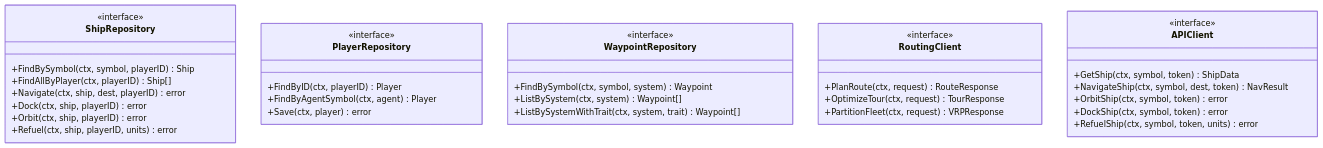
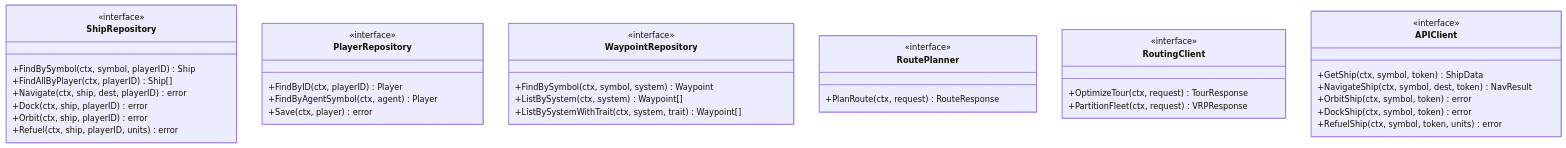
The ninth of 23 diagrams in gobot/docs/ARCHITECTURE.md (acdtunes/spacetraders), drawn with Mermaid before and after one commit. The commit also changed other lines of this file and 20 other files, not shown here.

Commit message:
feat(routing): plan routes in-process and retire the PlanRoute RPC (sp-wwlhb)

````diff
--- a/gobot/docs/ARCHITECTURE.md
+++ b/gobot/docs/ARCHITECTURE.md
@@ -435,42 +439,46 @@
 ```mermaid
 classDiagram
     class ShipRepository {
         <<interface>>
         +FindBySymbol(ctx, symbol, playerID) Ship
         +FindAllByPlayer(ctx, playerID) Ship[]
         +Navigate(ctx, ship, dest, playerID) error
         +Dock(ctx, ship, playerID) error
         +Orbit(ctx, ship, playerID) error
         +Refuel(ctx, ship, playerID, units) error
     }
 
     class PlayerRepository {
         <<interface>>
         +FindByID(ctx, playerID) Player
         +FindByAgentSymbol(ctx, agent) Player
         +Save(ctx, player) error
     }
 
     class WaypointRepository {
         <<interface>>
         +FindBySymbol(ctx, symbol, system) Waypoint
         +ListBySystem(ctx, system) Waypoint[]
         +ListBySystemWithTrait(ctx, system, trait) Waypoint[]
     }
 
+    class RoutePlanner {
+        <<interface>>
+        +PlanRoute(ctx, request) RouteResponse
+    }
+
     class RoutingClient {
         <<interface>>
-        +PlanRoute(ctx, request) RouteResponse
         +OptimizeTour(ctx, request) TourResponse
         +PartitionFleet(ctx, request) VRPResponse
     }
 
     class APIClient {
         <<interface>>
         +GetShip(ctx, symbol, token) ShipData
         +NavigateShip(ctx, symbol, dest, token) NavResult
         +OrbitShip(ctx, symbol, token) error
         +DockShip(ctx, symbol, token) error
         +RefuelShip(ctx, symbol, token, units) error
     }
 ```
````
